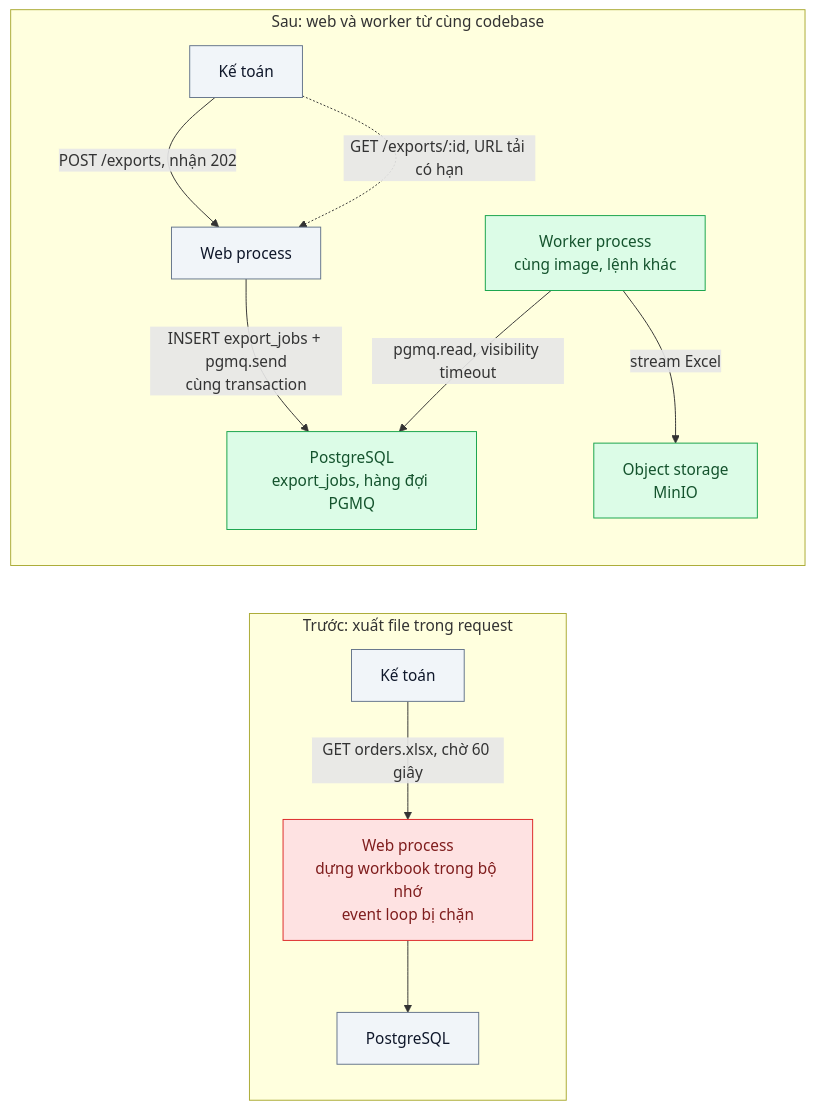
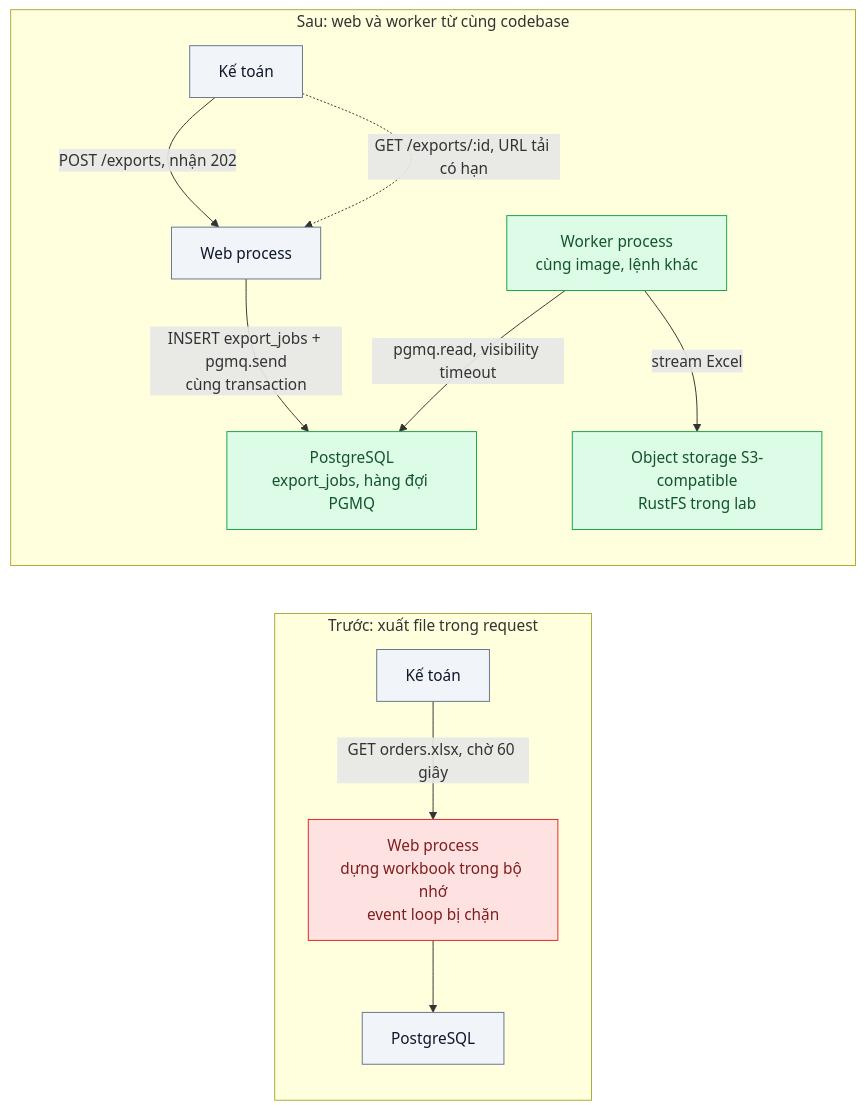
One commit to nguyenquochuy2311/system-design-nestjs changed the first of 2 diagrams in 08-backend-monolith/02-background-job-trong-monolith-xuat-excel-lam-treo-web/README.md. Above: the diagram before and after it, drawn with Mermaid. The commit also changed other lines of this file and 48 other files, not shown here.

First line of the commit message:
feat(08/02): lab Background Jobs với PGMQ + RustFS, số đo thật

````diff
--- a/08-backend-monolith/02-background-job-trong-monolith-xuat-excel-lam-treo-web/README.md
+++ b/08-backend-monolith/02-background-job-trong-monolith-xuat-excel-lam-treo-web/README.md
@@ -47,18 +47,18 @@
 ```mermaid
 flowchart LR
   classDef moi fill:#DCFCE7,stroke:#16A34A,color:#14532D
   classDef cu fill:#F1F5F9,stroke:#64748B,color:#0F172A
   classDef loi fill:#FEE2E2,stroke:#DC2626,color:#7F1D1D
 
   subgraph truoc["Trước: xuất file trong request"]
     U1["Kế toán"]:::cu -->|"GET orders.xlsx, chờ 60 giây"| W1["Web process<br/>dựng workbook trong bộ nhớ<br/>event loop bị chặn"]:::loi --> P1["PostgreSQL"]:::cu
   end
 
   subgraph sau["Sau: web và worker từ cùng codebase"]
     U2["Kế toán"]:::cu -->|"POST /exports, nhận 202"| W2["Web process"]:::cu
     W2 -->|"INSERT export_jobs + pgmq.send<br/>cùng transaction"| P2["PostgreSQL<br/>export_jobs, hàng đợi PGMQ"]:::moi
     WK["Worker process<br/>cùng image, lệnh khác"]:::moi -->|"pgmq.read, visibility timeout"| P2
-    WK -->|"stream Excel"| S3["Object storage<br/>MinIO"]:::moi
+    WK -->|"stream Excel"| S3["Object storage S3-compatible<br/>RustFS trong lab"]:::moi
     U2 -.->|"GET /exports/:id, URL tải có hạn"| W2
   end
 ```
````
